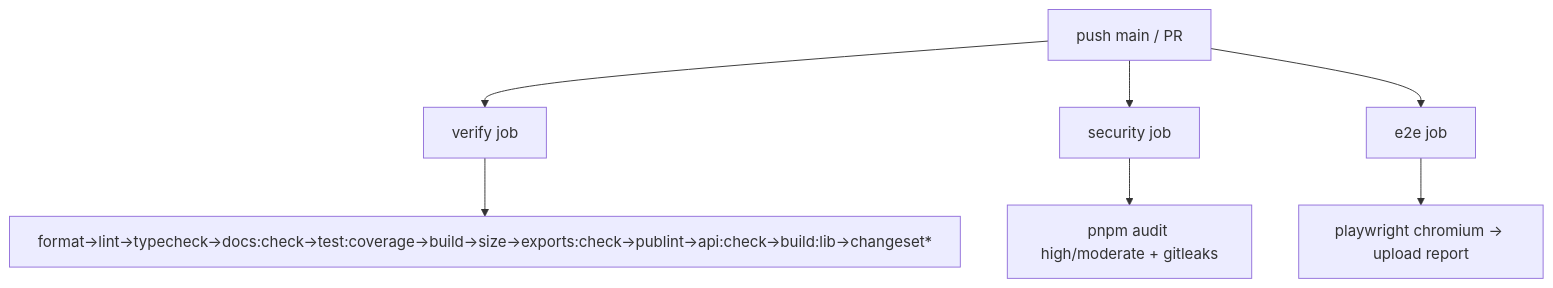
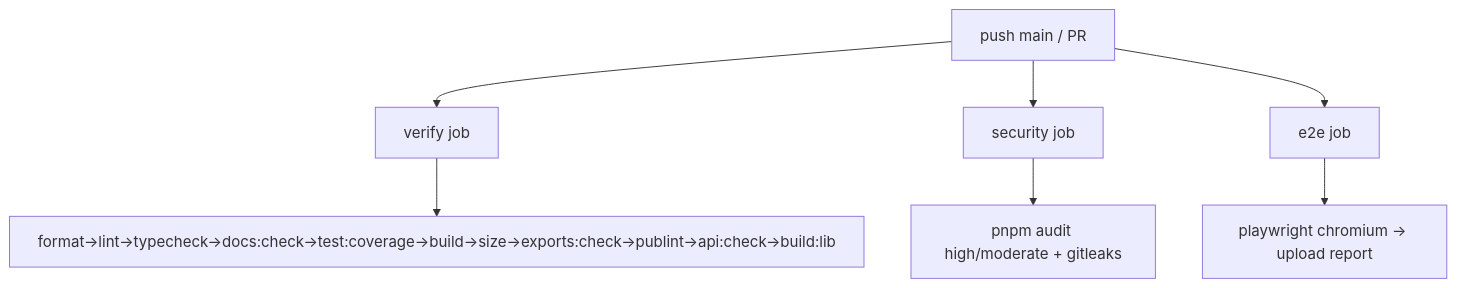
One commit to imsaroj/automatic-octo-fiesta changed the tenth of 12 diagrams in ARCHITECTURE.md. Above: the diagram before and after it, drawn with Mermaid. The commit also changed other lines of this file and 251 other files, not shown here.

````diff
--- a/ARCHITECTURE.md
+++ b/ARCHITECTURE.md
@@ -829,9 +833,9 @@
 ```mermaid
 flowchart TD
   T[push main / PR] --> V[verify job]
   T --> S[security job]
   T --> E[e2e job]
-  V --> V1[format→lint→typecheck→docs:check→test:coverage→build→size→exports:check→publint→api:check→build:lib→changeset*]
+  V --> V1[format→lint→typecheck→docs:check→test:coverage→build→size→exports:check→publint→api:check→build:lib]
   S --> S1[pnpm audit high/moderate + gitleaks]
   E --> E1[playwright chromium → upload report]
 ```
````
